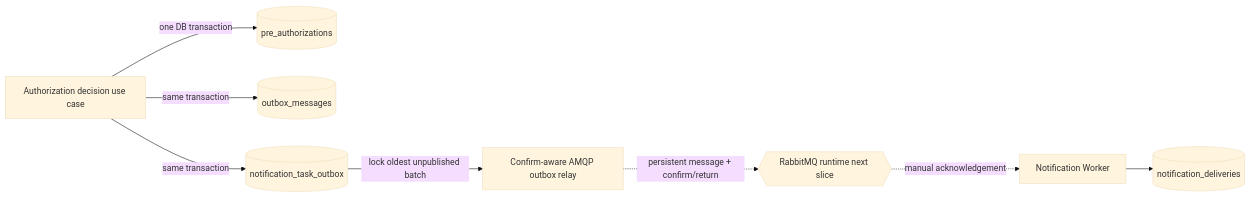
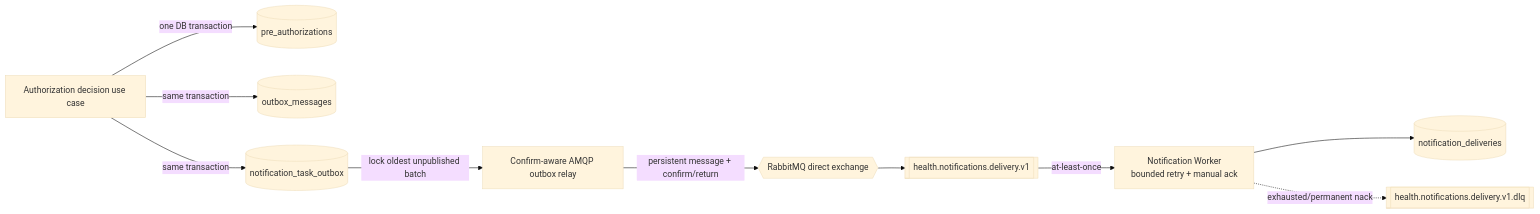
Before and after one commit to aydindemir1/health-insurance-platform: the second of 3 diagrams in docs/architecture/event-driven-messaging.md, drawn with Mermaid (base theme). The commit also changed other lines of this file and 14 other files, not shown here.

Commit message:
docs: complete milestone 6 notification delivery

````diff
--- a/docs/architecture/event-driven-messaging.md
+++ b/docs/architecture/event-driven-messaging.md
@@ -20,19 +20,23 @@
 ```mermaid
 flowchart LR
     Decision[Authorization decision use case]
     PA[(pre_authorizations)]
     Event[(outbox_messages)]
     Task[(notification_task_outbox)]
     AmqpRelay[Confirm-aware AMQP outbox relay]
-    Rabbit{{RabbitMQ runtime next slice}}
-    Worker[Notification Worker]
+    Rabbit{{RabbitMQ direct exchange}}
+    Queue[[health.notifications.delivery.v1]]
+    DLQ[[health.notifications.delivery.v1.dlq]]
+    Worker[Notification Worker<br/>bounded retry + manual ack]
     Delivery[(notification_deliveries)]
 
     Decision -->|one DB transaction| PA
     Decision -->|same transaction| Event
     Decision -->|same transaction| Task
     Task -->|lock oldest unpublished batch| AmqpRelay
-    AmqpRelay -. persistent message + confirm/return .-> Rabbit
-    Rabbit -. manual acknowledgement .-> Worker
+    AmqpRelay -->|persistent message + confirm/return| Rabbit
+    Rabbit --> Queue
+    Queue -->|at-least-once| Worker
     Worker --> Delivery
+    Worker -. exhausted/permanent nack .-> DLQ
 ```
````
